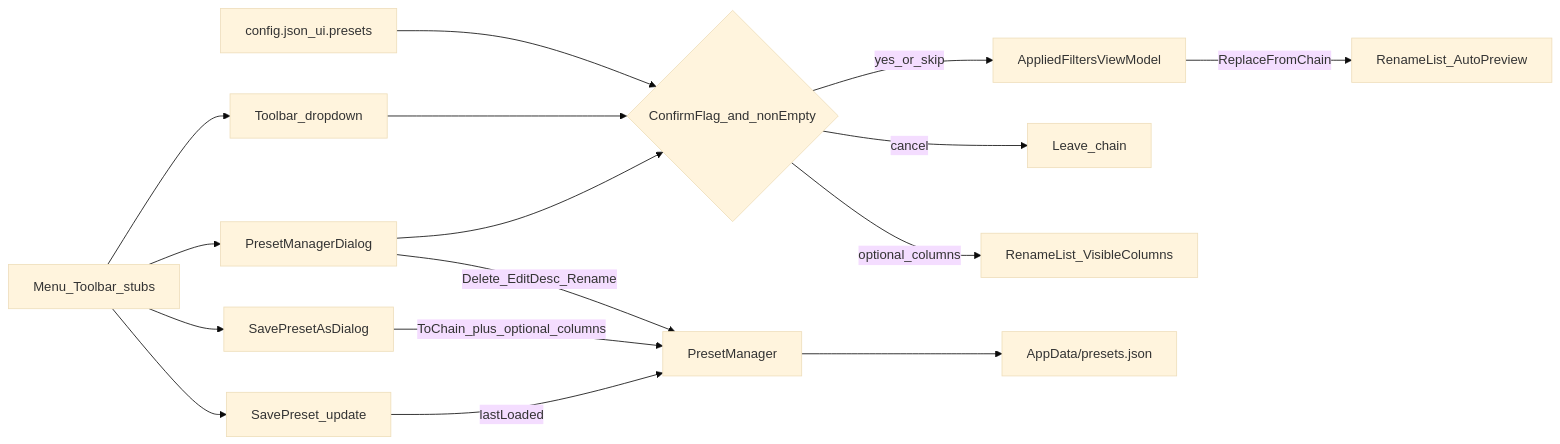
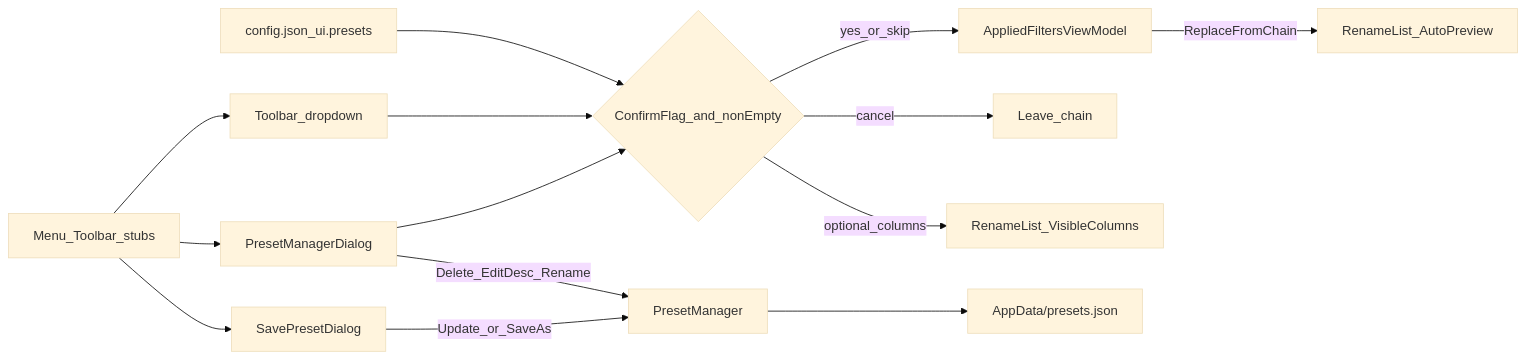
The diagram in docs/plans/presets-ui.plan.md (davidohana/finebytes), drawn with Mermaid (base theme) before and after one commit. The commit also changed other lines of this file and 14 other files, not shown here.

First line of the commit message:
Refactor Save Preset functionality into a single dialog for Update and Save as new.

````diff
--- a/docs/plans/presets-ui.plan.md
+++ b/docs/plans/presets-ui.plan.md
@@ -45,18 +45,16 @@
 ```mermaid
 flowchart LR
   stubs[Menu_Toolbar_stubs] --> mgr[PresetManagerDialog]
-  stubs --> saveAs[SavePresetAsDialog]
-  stubs --> saveInPlace[SavePreset_update]
-  saveInPlace -->|lastLoaded| pm[PresetManager]
+  stubs --> saveDlg[SavePresetDialog]
+  saveDlg -->|Update_or_SaveAs| pm[PresetManager]
   mgr --> confirmGate{ConfirmFlag_and_nonEmpty}
   stubs --> quickPick[Toolbar_dropdown]
   quickPick --> confirmGate
   confirmGate -->|yes_or_skip| applied[AppliedFiltersViewModel]
   confirmGate -->|cancel| stay[Leave_chain]
   applied -->|ReplaceFromChain| preview[RenameList_AutoPreview]
   confirmGate -->|optional_columns| rlCols[RenameList_VisibleColumns]
-  saveAs -->|ToChain_plus_optional_columns| pm
   mgr -->|Delete_EditDesc_Rename| pm
   pm --> json["AppData/presets.json"]
   cfg["config.json_ui.presets"] --> confirmGate
 ```
````
